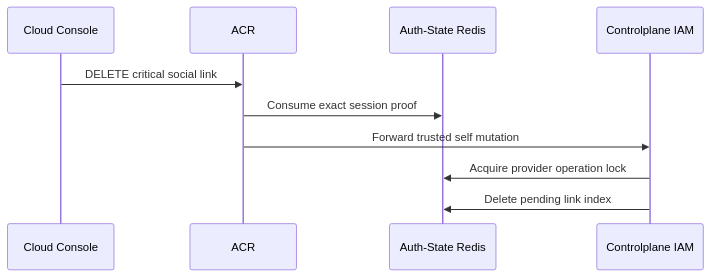
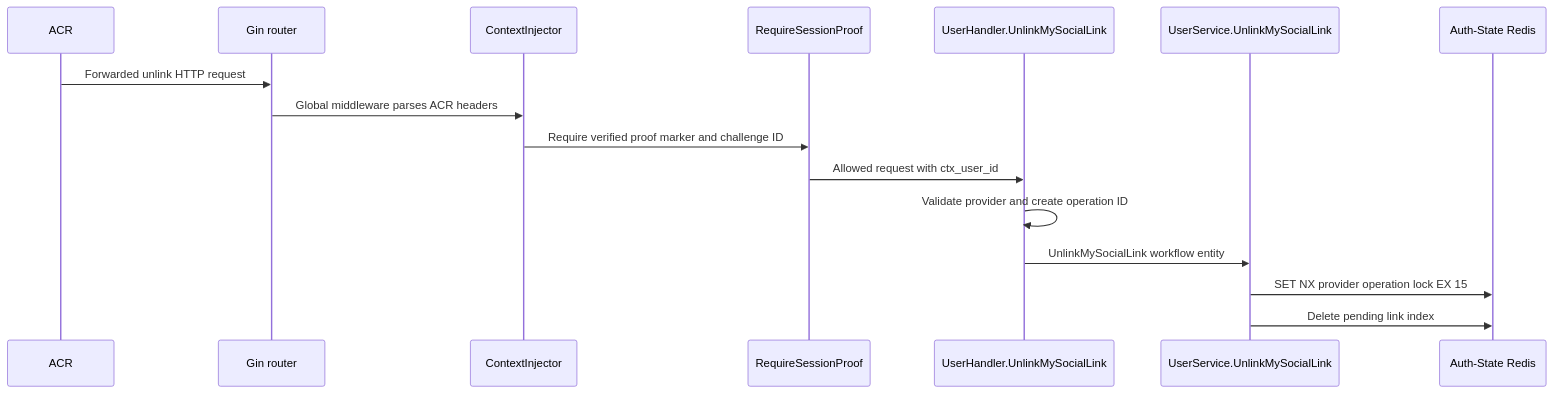
Before and after one commit to phucle996/aurora: the second of 3 diagrams in god_view/iam/user_social_unlink_god_view_workflow.md, drawn with Mermaid. The commit also changed other lines of this file and 165 other files, not shown here.

````diff
--- a/god_view/iam/user_social_unlink_god_view_workflow.md
+++ b/god_view/iam/user_social_unlink_god_view_workflow.md
@@ -37,13 +100,19 @@
 ```mermaid
 sequenceDiagram
-    participant UI as Cloud Console
     participant A as ACR
+    participant G as Gin router
+    participant M as ContextInjector
+    participant P as RequireSessionProof
+    participant H as UserHandler.UnlinkMySocialLink
+    participant S as UserService.UnlinkMySocialLink
     participant R as Auth-State Redis
-    participant IAM as Controlplane IAM
 
-    UI->>A: DELETE critical social link
-    A->>R: Consume exact session proof
-    A->>IAM: Forward trusted self mutation
-    IAM->>R: Acquire provider operation lock
-    IAM->>R: Delete pending link index
+    A->>G: Forwarded unlink HTTP request
+    G->>M: Global middleware parses ACR headers
+    M->>P: Require verified proof marker and challenge ID
+    P->>H: Allowed request with ctx_user_id
+    H->>H: Validate provider and create operation ID
+    H->>S: UnlinkMySocialLink workflow entity
+    S->>R: SET NX provider operation lock EX 15
+    S->>R: Delete pending link index
 ```
````
